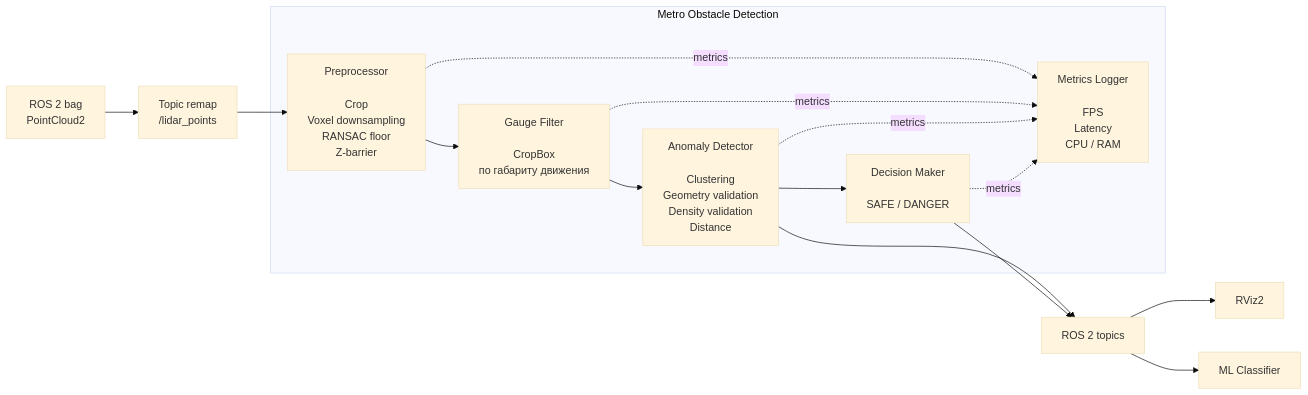
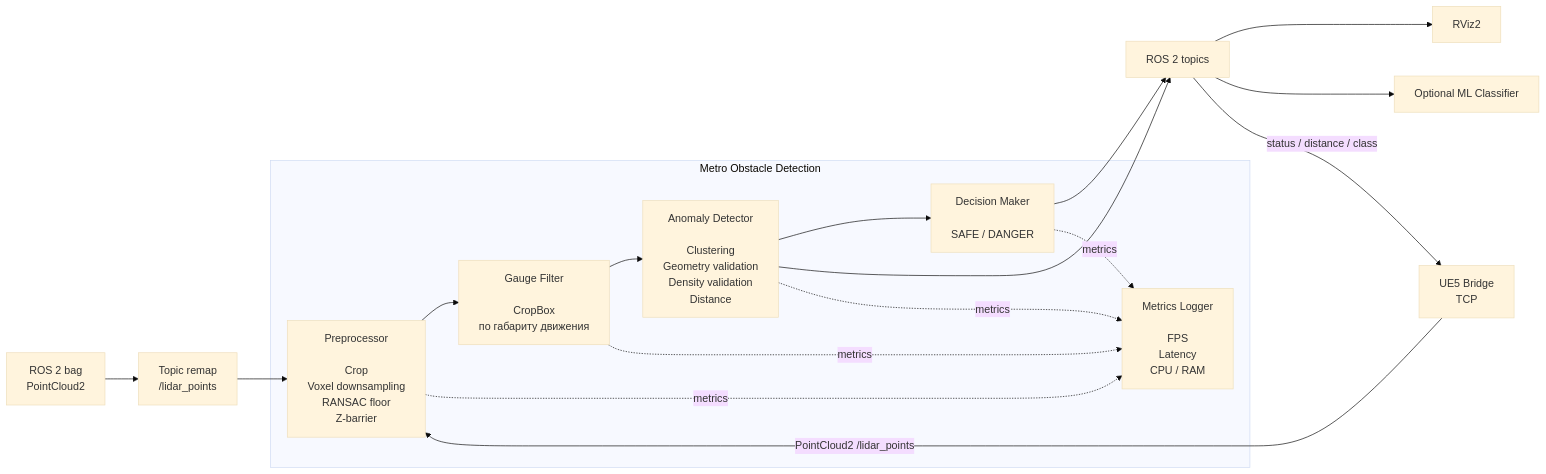
One commit to valuncilh/metro_obstacle_detection changed the first of 4 diagrams in README.md. Above: the diagram before and after it, drawn with Mermaid (base theme). The commit also changed other lines of this file, not shown here.

````diff
--- a/README.md
+++ b/README.md
@@ -47,39 +5,42 @@
 ```mermaid
 flowchart LR
 
     BAG["ROS 2 bag<br/>PointCloud2"]
     REMAP["Topic remap<br/>/lidar_points"]
 
     subgraph PIPELINE["Metro Obstacle Detection"]
         PRE["Preprocessor<br/><br/>Crop<br/>Voxel downsampling<br/>RANSAC floor<br/>Z-barrier"]
 
         GAUGE["Gauge Filter<br/><br/>CropBox<br/>по габариту движения"]
 
         DETECTOR["Anomaly Detector<br/><br/>Clustering<br/>Geometry validation<br/>Density validation<br/>Distance"]
 
         DECISION["Decision Maker<br/><br/>SAFE / DANGER"]
 
         METRICS["Metrics Logger<br/><br/>FPS<br/>Latency<br/>CPU / RAM"]
     end
 
     VIS["RViz2"]
-    ML["ML Classifier"]
+    ML["Optional ML Classifier"]
     OUTPUT["ROS 2 topics"]
+    UE["UE5 Bridge<br/>TCP"]
 
     BAG --> REMAP
     REMAP --> PRE
     PRE --> GAUGE
     GAUGE --> DETECTOR
     DETECTOR --> DECISION
 
     DETECTOR --> OUTPUT
     DECISION --> OUTPUT
 
     OUTPUT --> VIS
     OUTPUT --> ML
+    UE -->|"PointCloud2 /lidar_points"| PRE
+    OUTPUT -->|"status / distance / class"| UE
 
     PRE -. metrics .-> METRICS
     GAUGE -. metrics .-> METRICS
     DETECTOR -. metrics .-> METRICS
     DECISION -. metrics .-> METRICS
 ```
````
